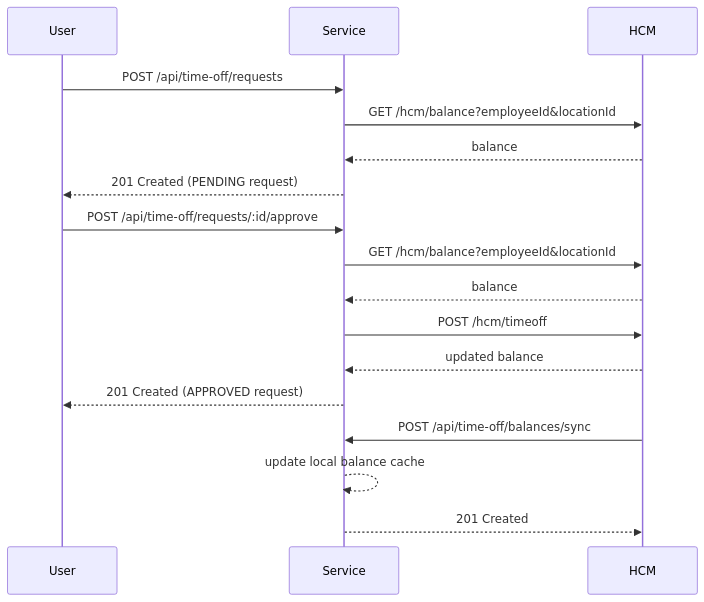
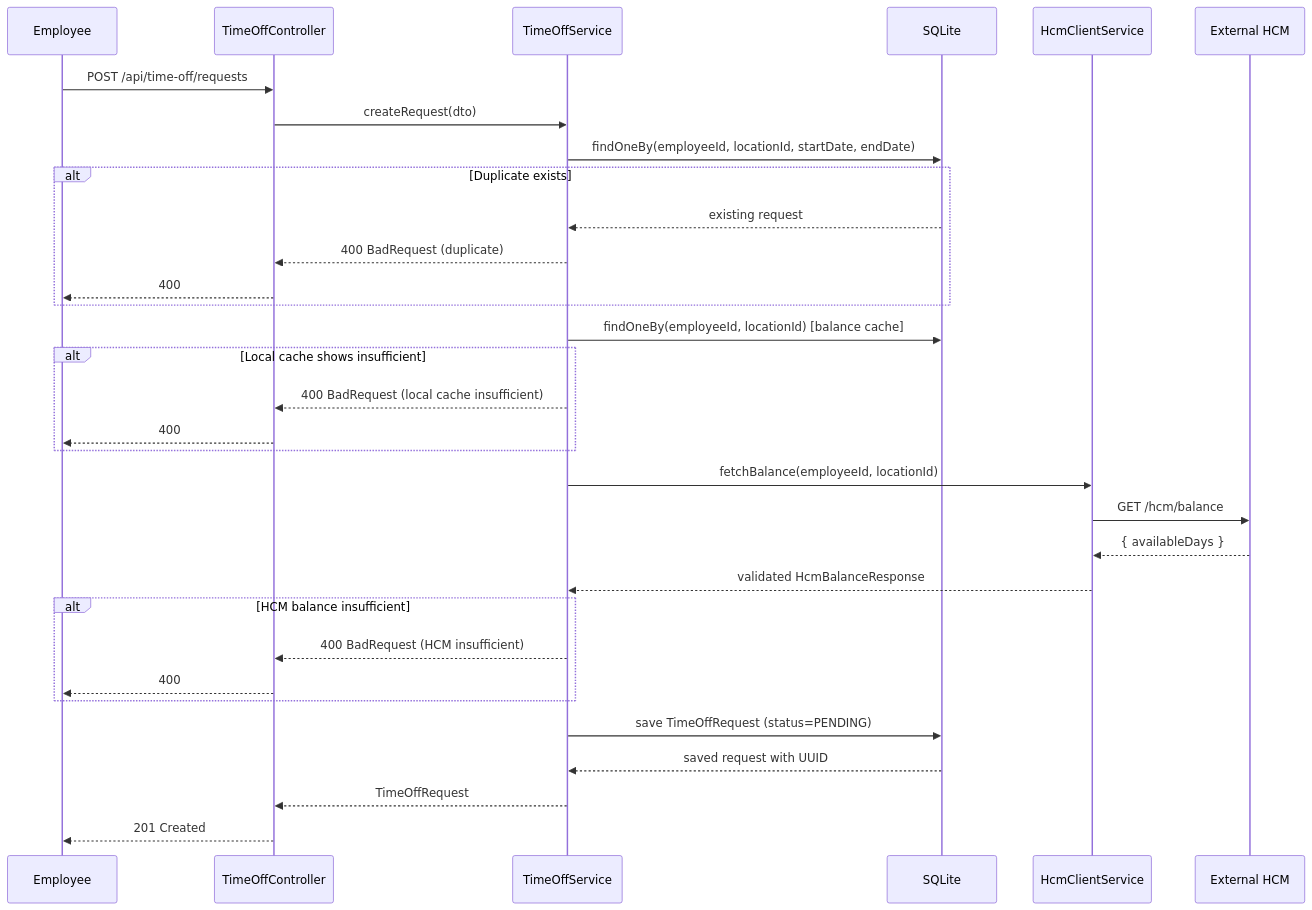
Before and after one commit to Muaaz-Butt/ExampleHR: the second of 5 diagrams in ARCHITECTURE.md, drawn with Mermaid. The commit also changed other lines of this file and 15 other files, not shown here.

````diff
--- a/ARCHITECTURE.md
+++ b/ARCHITECTURE.md
@@ -59,22 +187,40 @@
 ```mermaid
 sequenceDiagram
-    participant User
-    participant Service
-    participant HCM
+    participant E as Employee
+    participant C as TimeOffController
+    participant S as TimeOffService
+    participant DB as SQLite
+    participant H as HcmClientService
+    participant HCM as External HCM
 
-    User->>Service: POST /api/time-off/requests
-    Service->>HCM: GET /hcm/balance?employeeId&locationId
-    HCM-->>Service: balance
-    Service-->>User: 201 Created (PENDING request)
+    E->>C: POST /api/time-off/requests
+    C->>S: createRequest(dto)
 
-    User->>Service: POST /api/time-off/requests/:id/approve
-    Service->>HCM: GET /hcm/balance?employeeId&locationId
-    HCM-->>Service: balance
-    Service->>HCM: POST /hcm/timeoff
-    HCM-->>Service: updated balance
-    Service-->>User: 201 Created (APPROVED request)
+    S->>DB: findOneBy(employeeId, locationId, startDate, endDate)
+    alt Duplicate exists
+        DB-->>S: existing request
+        S-->>C: 400 BadRequest (duplicate)
+        C-->>E: 400
+    end
 
-    HCM->>Service: POST /api/time-off/balances/sync
-    Service-->>Service: update local balance cache
-    Service-->>HCM: 201 Created
+    S->>DB: findOneBy(employeeId, locationId) [balance cache]
+    alt Local cache shows insufficient
+        S-->>C: 400 BadRequest (local cache insufficient)
+        C-->>E: 400
+    end
+
+    S->>H: fetchBalance(employeeId, locationId)
+    H->>HCM: GET /hcm/balance
+    HCM-->>H: { availableDays }
+    H-->>S: validated HcmBalanceResponse
+
+    alt HCM balance insufficient
+        S-->>C: 400 BadRequest (HCM insufficient)
+        C-->>E: 400
+    end
+
+    S->>DB: save TimeOffRequest (status=PENDING)
+    DB-->>S: saved request with UUID
+    S-->>C: TimeOffRequest
+    C-->>E: 201 Created
 ```
````
